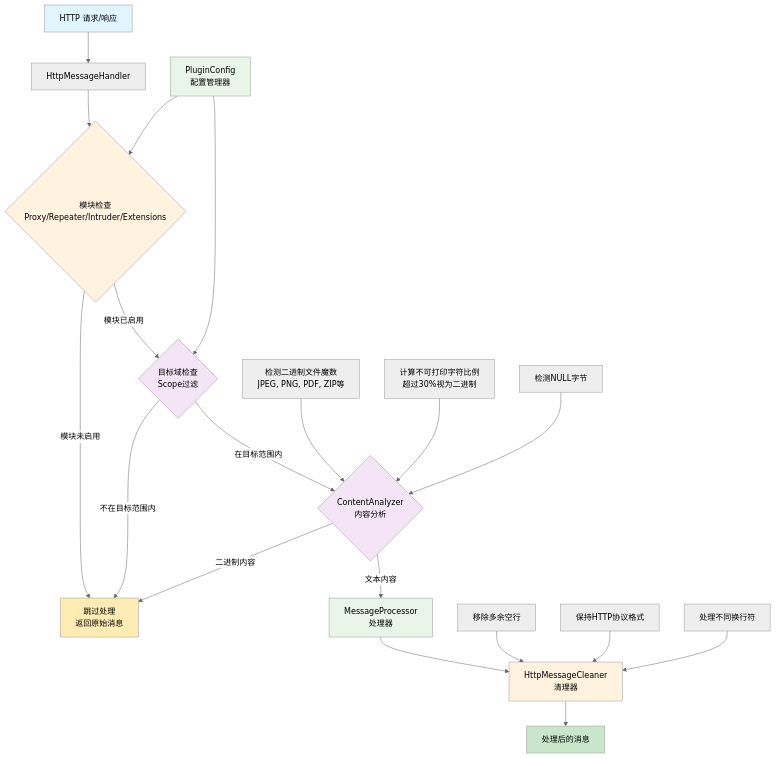
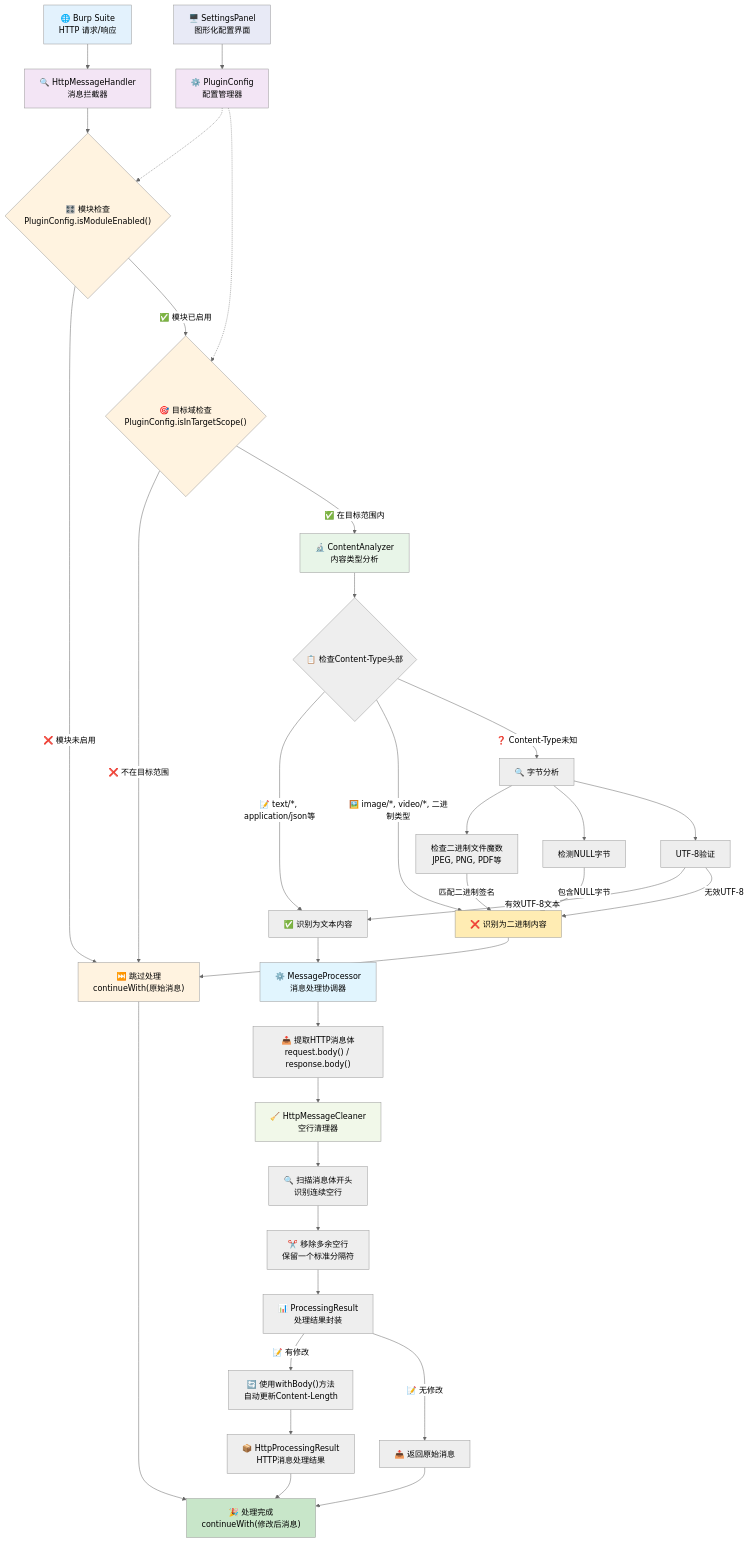
One commit to GitHubNull/RemoveExtraBlankLines changed the diagram in README.md. Above: the diagram before and after it, drawn with Mermaid (neutral theme). The commit also changed other lines of this file, not shown here.

Commit message:
🔧 更新README文档，移除过时的配置示例，优化模块职责和技术特性描述，增强可读性和结构化展示

````diff
--- a/README.md
+++ b/README.md
@@ -89,41 +68,62 @@
 ```mermaid
 graph TD
-    A["HTTP 请求/响应"] --> B["HttpMessageHandler"]
-    B --> C1{"模块检查<br/>Proxy/Repeater/Intruder/Extensions"}
-    C1 -->|"模块已启用"| C2{"目标域检查<br/>Scope过滤"}
-    C1 -->|"模块未启用"| E["跳过处理<br/>返回原始消息"]
-    C2 -->|"在目标范围内"| C3{"ContentAnalyzer<br/>内容分析"}
-    C2 -->|"不在目标范围内"| E
-    C3 -->|"文本内容"| D["MessageProcessor<br/>处理器"]
-    C3 -->|"二进制内容"| E
-    D --> F["HttpMessageCleaner<br/>清理器"]
-    F --> G["处理后的消息"]
+    A["🌐 Burp Suite<br/>HTTP 请求/响应"] --> B["🔍 HttpMessageHandler<br/>消息拦截器"]
     
-    P1["PluginConfig<br/>配置管理器"]
-    P1 --> C1
-    P1 --> C2
+    B --> C1{"🎛️ 模块检查<br/>PluginConfig.isModuleEnabled()"}
+    C1 -->|"❌ 模块未启用"| E1["⏭️ 跳过处理<br/>continueWith(原始消息)"]
+    C1 -->|"✅ 模块已启用"| C2{"🎯 目标域检查<br/>PluginConfig.isInTargetScope()"}
     
-    C31["检测二进制文件魔数<br/>JPEG, PNG, PDF, ZIP等"]
-    C32["计算不可打印字符比例<br/>超过30%视为二进制"]
-    C33["检测NULL字节"]
-    C31 --> C3
-    C32 --> C3
-    C33 --> C3
+    C2 -->|"❌ 不在目标范围"| E1
+    C2 -->|"✅ 在目标范围内"| C3["🔬 ContentAnalyzer<br/>内容类型分析"]
     
-    F1["移除多余空行"]
-    F2["保持HTTP协议格式"]
-    F3["处理不同换行符"]
-    F1 --> F
-    F2 --> F
-    F3 --> F
+    C3 --> C31{"📋 检查Content-Type头部"}
+    C31 -->|"📝 text/*, application/json等"| D1["✅ 识别为文本内容"]
+    C31 -->|"🖼️ image/*, video/*, 二进制类型"| E2["❌ 识别为二进制内容"]
+    C31 -->|"❓ Content-Type未知"| C32["🔍 字节分析"]
     
-    style A fill:#e1f5fe
+    C32 --> C33["检查二进制文件魔数<br/>JPEG, PNG, PDF等"]
+    C32 --> C34["检测NULL字节"]
+    C32 --> C35["UTF-8验证"]
+    C33 -->|"匹配二进制签名"| E2
+    C34 -->|"包含NULL字节"| E2
+    C35 -->|"有效UTF-8文本"| D1
+    C35 -->|"无效UTF-8"| E2
+    
+    D1 --> D2["⚙️ MessageProcessor<br/>消息处理协调器"]
+    E2 --> E1
+    
+    D2 --> D3["📥 提取HTTP消息体<br/>request.body() / response.body()"]
+    D3 --> D4["🧹 HttpMessageCleaner<br/>空行清理器"]
+    
+    D4 --> D5["🔍 扫描消息体开头<br/>识别连续空行"]
+    D5 --> D6["✂️ 移除多余空行<br/>保留一个标准分隔符"]
+    D6 --> R1["📊 ProcessingResult<br/>处理结果封装"]
+    
+    R1 -->|"📝 有修改"| D7["🔄 使用withBody()方法<br/>自动更新Content-Length"]
+    R1 -->|"📝 无修改"| E3["📤 返回原始消息"]
+    
+    D7 --> R2["📦 HttpProcessingResult<br/>HTTP消息处理结果"]
+    R2 --> G["🎉 处理完成<br/>continueWith(修改后消息)"]
+    
+    E1 --> G
+    E3 --> G
+    
+    P1["⚙️ PluginConfig<br/>配置管理器"]
+    P2["🖥️ SettingsPanel<br/>图形化配置界面"] 
+    P2 --> P1
+    P1 -.-> C1
+    P1 -.-> C2
+    
+    style A fill:#e3f2fd
+    style B fill:#f3e5f5
+    style C1 fill:#fff3e0
+    style C2 fill:#fff3e0
+    style C3 fill:#e8f5e8
+    style D2 fill:#e1f5fe
+    style D4 fill:#f1f8e9
     style G fill:#c8e6c9
-    style E fill:#ffecb3
-    style C1 fill:#fff3e0
-    style C2 fill:#f3e5f5
-    style C3 fill:#f3e5f5
-    style D fill:#e8f5e8
-    style F fill:#fff3e0
-    style P1 fill:#e8f5e8
+    style E1 fill:#fff3e0
+    style E2 fill:#ffecb3
+    style P1 fill:#f3e5f5
+    style P2 fill:#e8eaf6
 ```
````
